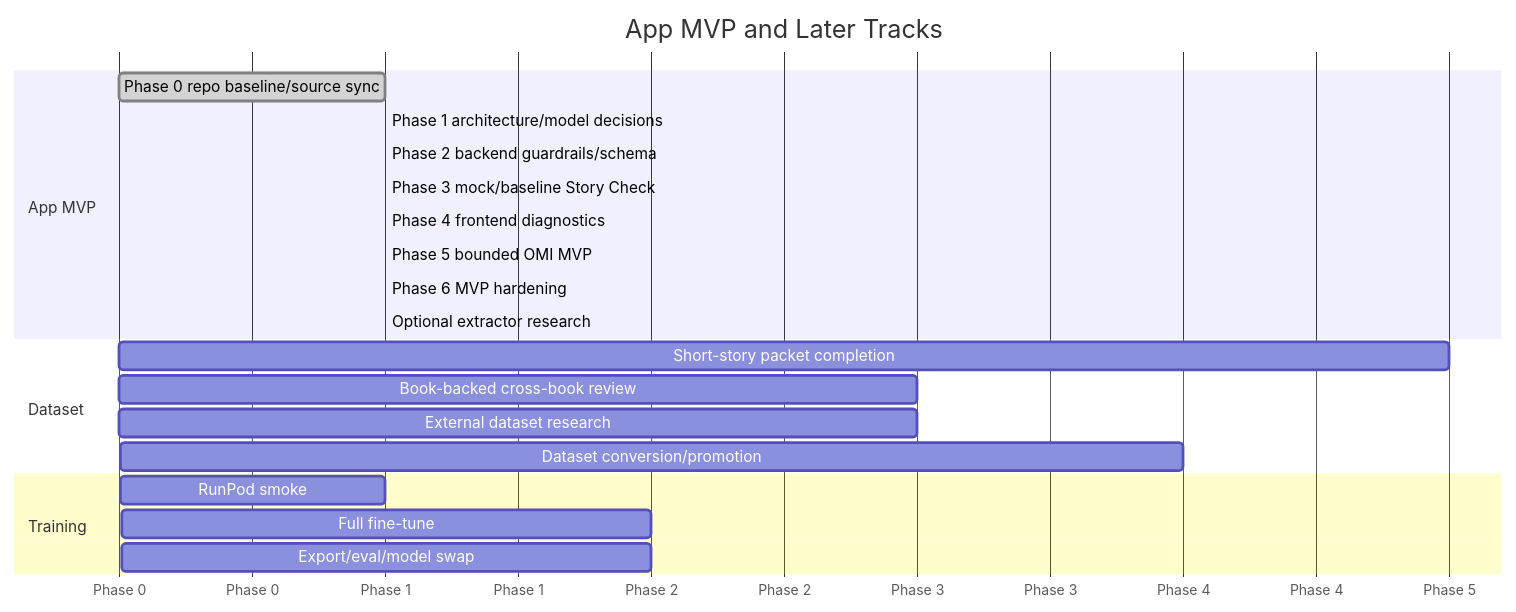
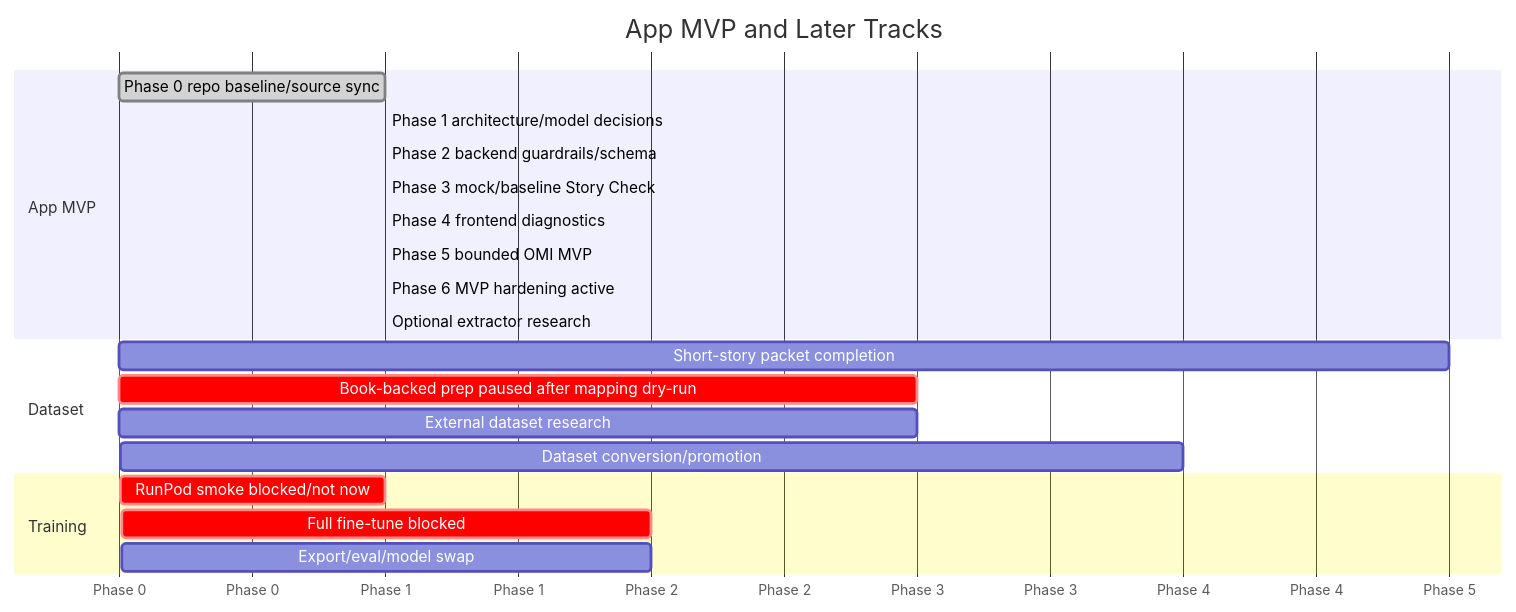
One commit to telesjr90/writingassistant changed the diagram in docs/roadmap/phase_map.md. Above: the diagram before and after it, drawn with Mermaid. The commit also changed other lines of this file and 6 other files, not shown here.

Commit message:
docs: pause fine-tuning prep and promote mvp phase 6

````diff
--- a/docs/roadmap/phase_map.md
+++ b/docs/roadmap/phase_map.md
@@ -133,24 +138,24 @@
 ```mermaid
 gantt
     title App MVP and Later Tracks
     dateFormat  X
     axisFormat  Phase %s
     section App MVP
     Phase 0 repo baseline/source sync :done, p0, 0, 1
     Phase 1 architecture/model decisions :p1, after p0, 1
     Phase 2 backend guardrails/schema :p2, after p1, 1
     Phase 3 mock/baseline Story Check :p3, after p2, 1
     Phase 4 frontend diagnostics :p4, after p3, 1
     Phase 5 bounded OMI MVP :p5, after p4, 1
-    Phase 6 MVP hardening :p6, after p5, 1
+    Phase 6 MVP hardening active :active, p6, after p5, 1
     Optional extractor research :extractors, after p6, 1
     section Dataset
     Short-story packet completion :packets, 1, 5
-    Book-backed cross-book review :books, 2, 3
+    Book-backed prep paused after mapping dry-run :crit, books, 2, 3
     External dataset research :external, 2, 3
     Dataset conversion/promotion :promotion, 4, 4
     section Training
-    RunPod smoke :smoke, 7, 1
-    Full fine-tune :train, 8, 2
+    RunPod smoke blocked/not now :crit, smoke, 7, 1
+    Full fine-tune blocked :crit, train, 8, 2
     Export/eval/model swap :deploy, 10, 2
 ```
````
